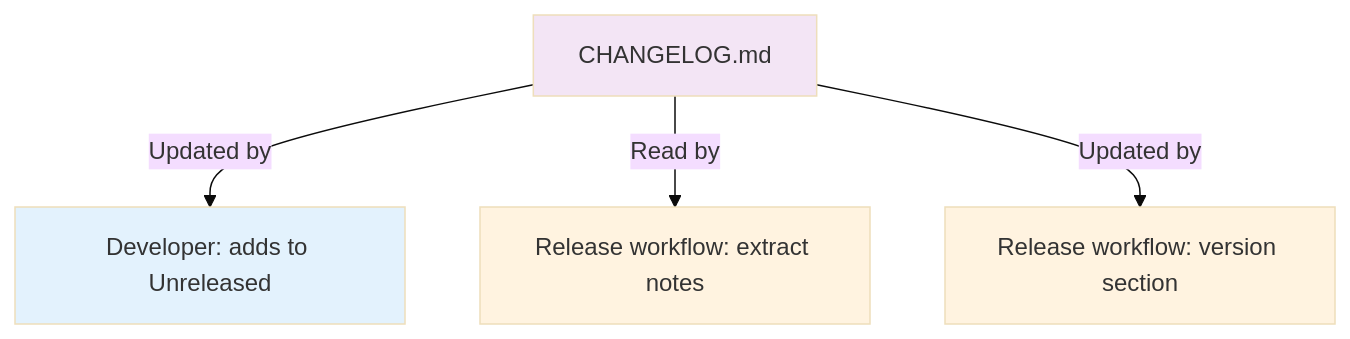
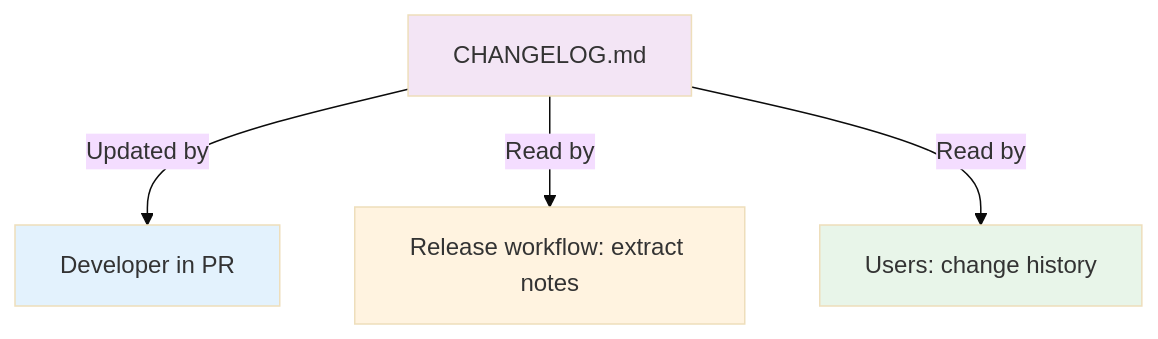
Before and after one commit to aopdal/ansible-role-aruba-cx-switch: the fourth of 5 diagrams in docs/RELEASE_INTEGRATION.md, drawn with Mermaid (base theme). The commit also changed other lines of this file and 3 other files, not shown here.

First line of the commit message:
docs: update release docs for new workflow

````diff
--- a/docs/RELEASE_INTEGRATION.md
+++ b/docs/RELEASE_INTEGRATION.md
@@ -309,12 +205,12 @@
 ```mermaid
 graph TD
     CHANGELOG[CHANGELOG.md]
-    CHANGELOG --> |Updated by| Dev1[Developer: adds to Unreleased]
-    CHANGELOG --> |Read by| RW3[Release workflow: extract notes]
-    CHANGELOG --> |Updated by| RW4[Release workflow: version section]
+    CHANGELOG --> |Updated by| Dev[Developer in PR]
+    CHANGELOG --> |Read by| RW[Release workflow: extract notes]
+    CHANGELOG --> |Read by| Users[Users: change history]
 
     style CHANGELOG fill:#f3e5f5
-    style Dev1 fill:#e3f2fd
-    style RW3 fill:#fff3e0
-    style RW4 fill:#fff3e0
+    style Dev fill:#e3f2fd
+    style RW fill:#fff3e0
+    style Users fill:#e8f5e9
 ```
````
